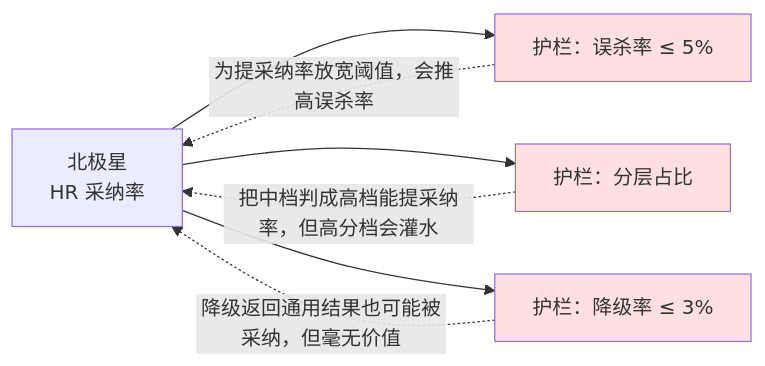
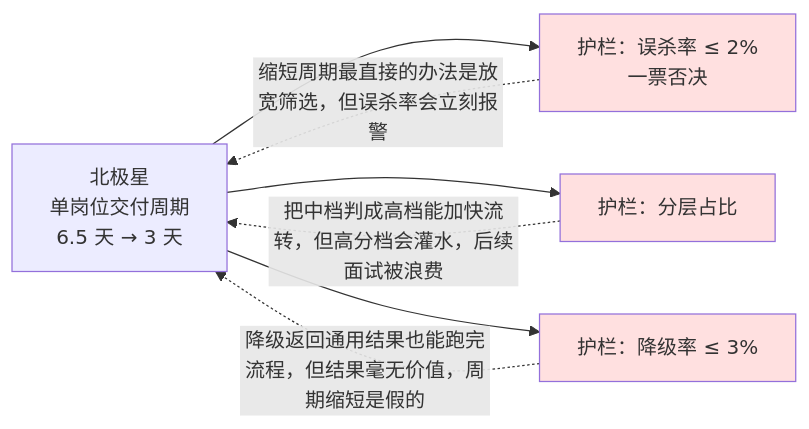
The diagram in docs/产品设计/02-需求定义与场景选型.md (peanut987178110/ai-recruit-platform), drawn with Mermaid before and after one commit. The commit also changed other lines of this file and 30 other files, not shown here.

````diff
--- a/docs/产品设计/02-需求定义与场景选型.md
+++ b/docs/产品设计/02-需求定义与场景选型.md
@@ -137,14 +158,14 @@
 ```mermaid
 flowchart LR
-    NS["北极星<br/>HR 采纳率"] --> G1["护栏：误杀率 ≤ 5%"]
+    NS["北极星<br/>单岗位交付周期<br/>6.5 天 → 3 天"] --> G1["护栏：误杀率 ≤ 2%<br/>一票否决"]
     NS --> G2["护栏：分层占比"]
     NS --> G3["护栏：降级率 ≤ 3%"]
 
-    G1 -. "为提采纳率放宽阈值，会推高误杀率" .-> NS
-    G2 -. "把中档判成高档能提采纳率，但高分档会灌水" .-> NS
-    G3 -. "降级返回通用结果也可能被采纳，但毫无价值" .-> NS
+    G1 -. "缩短周期最直接的办法是放宽筛选，但误杀率会立刻报警" .-> NS
+    G2 -. "把中档判成高档能加快流转，但高分档会灌水，后续面试被浪费" .-> NS
+    G3 -. "降级返回通用结果也能跑完流程，但结果毫无价值，周期缩短是假的" .-> NS
 
     style G1 fill:#ffe0e0
     style G2 fill:#ffe0e0
     style G3 fill:#ffe0e0
 ```
````
